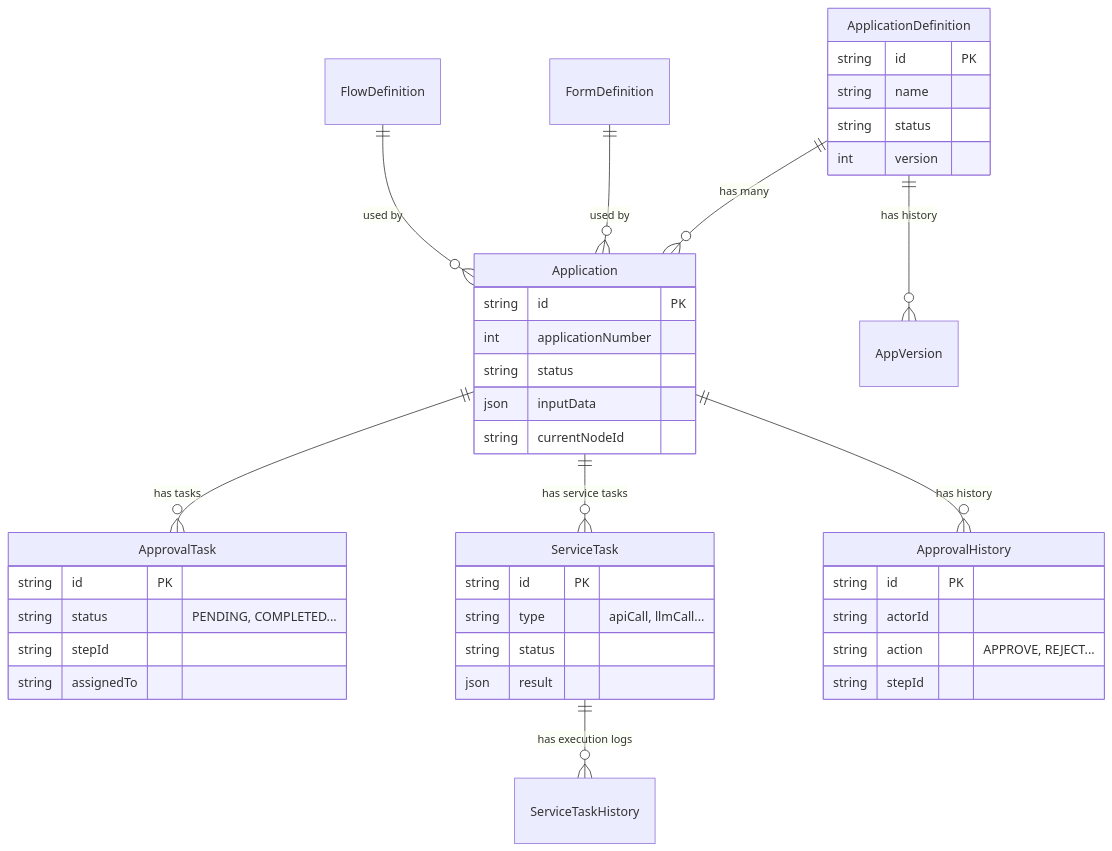
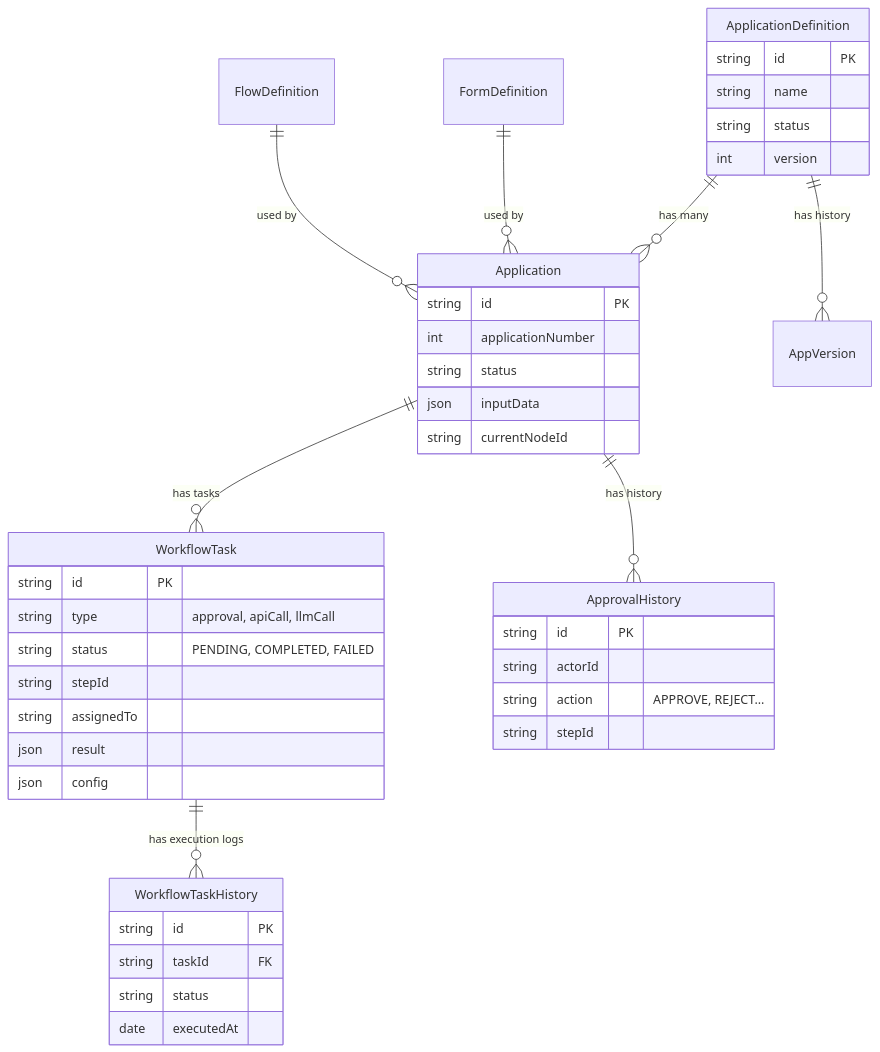
The diagram in backend/docs/database_schema.md (kenichi-33/flow-craft), drawn with Mermaid before and after one commit. The commit also changed other lines of this file and 56 other files, not shown here.

````diff
--- a/backend/docs/database_schema.md
+++ b/backend/docs/database_schema.md
@@ -5,49 +6,51 @@
 ```mermaid
 erDiagram
     ApplicationDefinition ||--o{ Application : "has many"
     ApplicationDefinition ||--o{ AppVersion : "has history"
     FormDefinition ||--o{ Application : "used by"
     FlowDefinition ||--o{ Application : "used by"
     
-    Application ||--o{ ApprovalTask : "has tasks"
-    Application ||--o{ ServiceTask : "has service tasks"
+    Application ||--o{ WorkflowTask : "has tasks"
     Application ||--o{ ApprovalHistory : "has history"
     
-    ServiceTask ||--o{ ServiceTaskHistory : "has execution logs"
+    WorkflowTask ||--o{ WorkflowTaskHistory : "has execution logs"
 
     ApplicationDefinition {
         string id PK
         string name
         string status
         int version
     }
 
     Application {
         string id PK
         int applicationNumber
         string status
         json inputData
         string currentNodeId
     }
 
-    ApprovalTask {
+    WorkflowTask {
         string id PK
-        string status "PENDING, COMPLETED..."
+        string type "approval, apiCall, llmCall"
+        string status "PENDING, COMPLETED, FAILED"
         string stepId
         string assignedTo
+        json result
+        json config
     }
 
-    ServiceTask {
+    WorkflowTaskHistory {
         string id PK
-        string type "apiCall, llmCall..."
+        string taskId FK
         string status
-        json result
+        date executedAt
     }
 
     ApprovalHistory {
         string id PK
         string actorId
         string action "APPROVE, REJECT..."
         string stepId
     }
 ```
````
